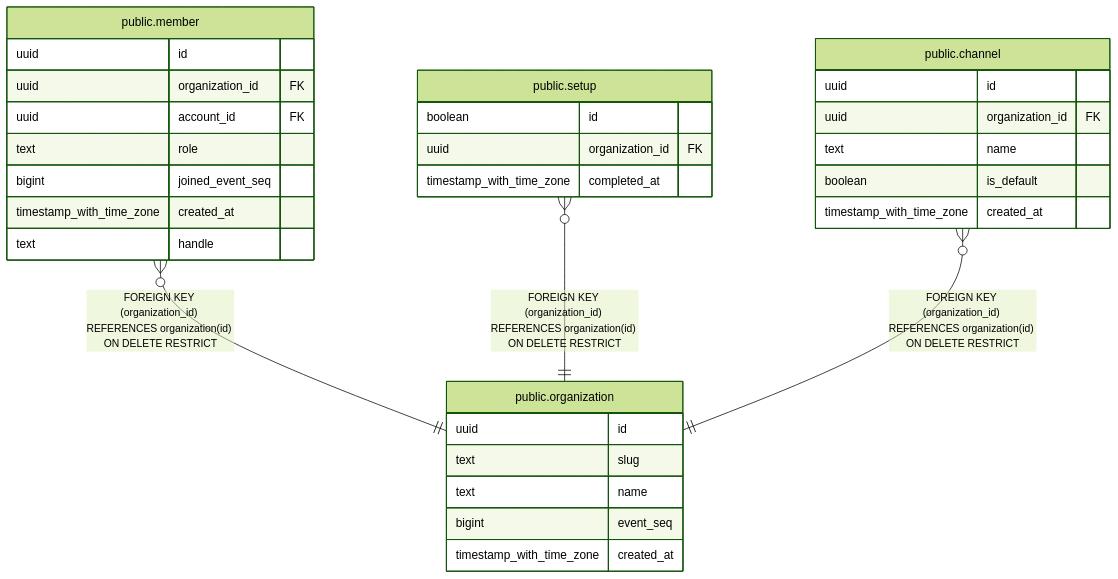
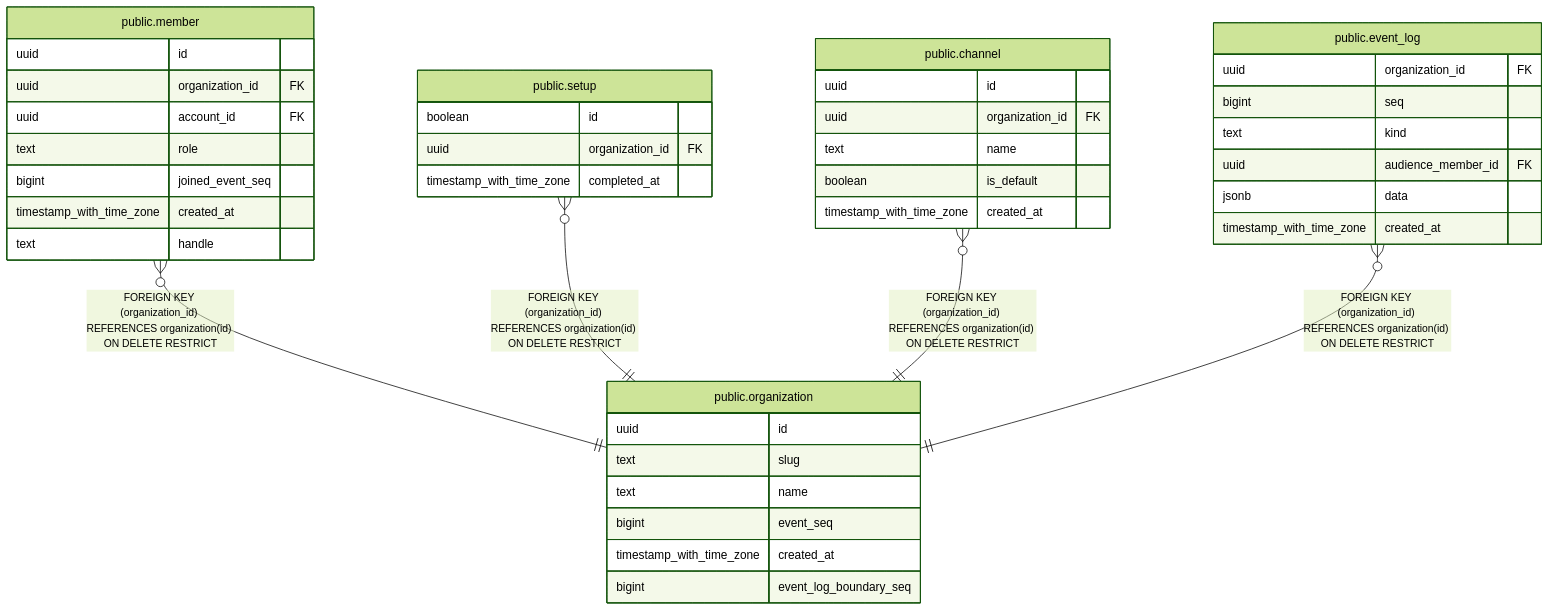
The diagram in docs/schema/public.organization.md (tkakkie/ribbitto), drawn with Mermaid (forest theme) before and after one commit. The commit also changed other lines of this file and 28 other files, not shown here.

````diff
--- a/docs/schema/public.organization.md
+++ b/docs/schema/public.organization.md
@@ -37,36 +39,46 @@
 ```mermaid
 erDiagram
 
 "public.member" }o--|| "public.organization" : "FOREIGN KEY (organization_id) REFERENCES organization(id) ON DELETE RESTRICT"
 "public.setup" }o--|| "public.organization" : "FOREIGN KEY (organization_id) REFERENCES organization(id) ON DELETE RESTRICT"
 "public.channel" }o--|| "public.organization" : "FOREIGN KEY (organization_id) REFERENCES organization(id) ON DELETE RESTRICT"
+"public.event_log" }o--|| "public.organization" : "FOREIGN KEY (organization_id) REFERENCES organization(id) ON DELETE RESTRICT"
 
 "public.organization" {
   uuid id
   text slug
   text name
   bigint event_seq
   timestamp_with_time_zone created_at
+  bigint event_log_boundary_seq
 }
 "public.member" {
   uuid id
   uuid organization_id FK
   uuid account_id FK
   text role
   bigint joined_event_seq
   timestamp_with_time_zone created_at
   text handle
 }
 "public.setup" {
   boolean id
   uuid organization_id FK
   timestamp_with_time_zone completed_at
 }
 "public.channel" {
   uuid id
   uuid organization_id FK
   text name
   boolean is_default
   timestamp_with_time_zone created_at
 }
+"public.event_log" {
+  uuid organization_id FK
+  bigint seq
+  text kind
+  uuid audience_member_id FK
+  jsonb data
+  timestamp_with_time_zone created_at
+}
 ```
````
